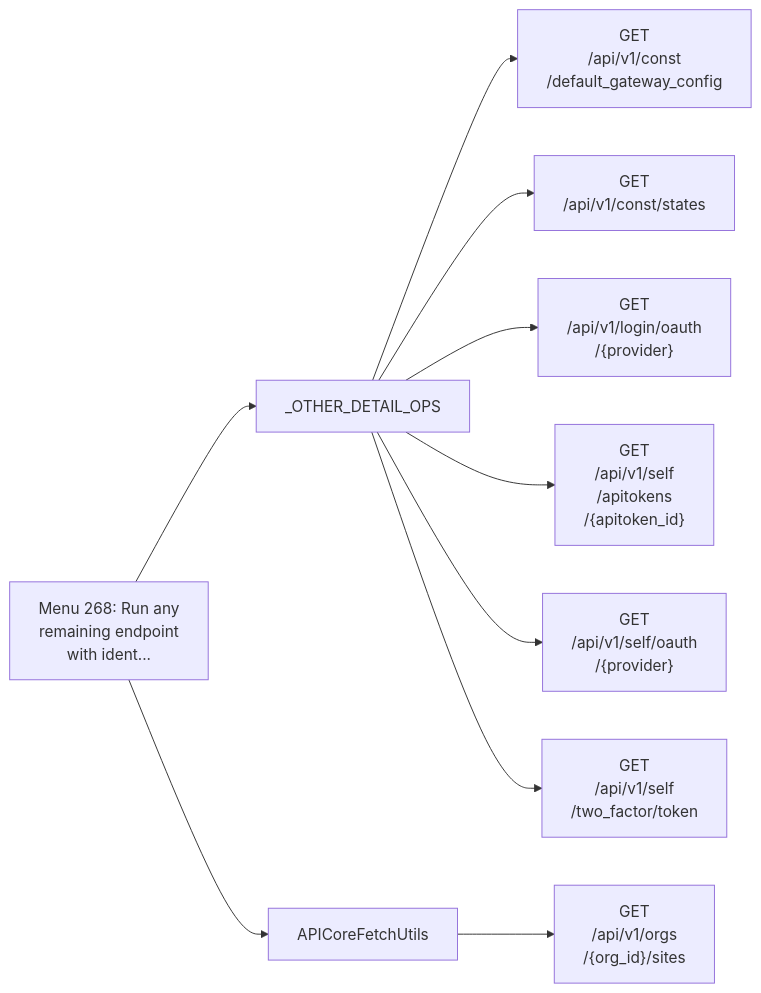
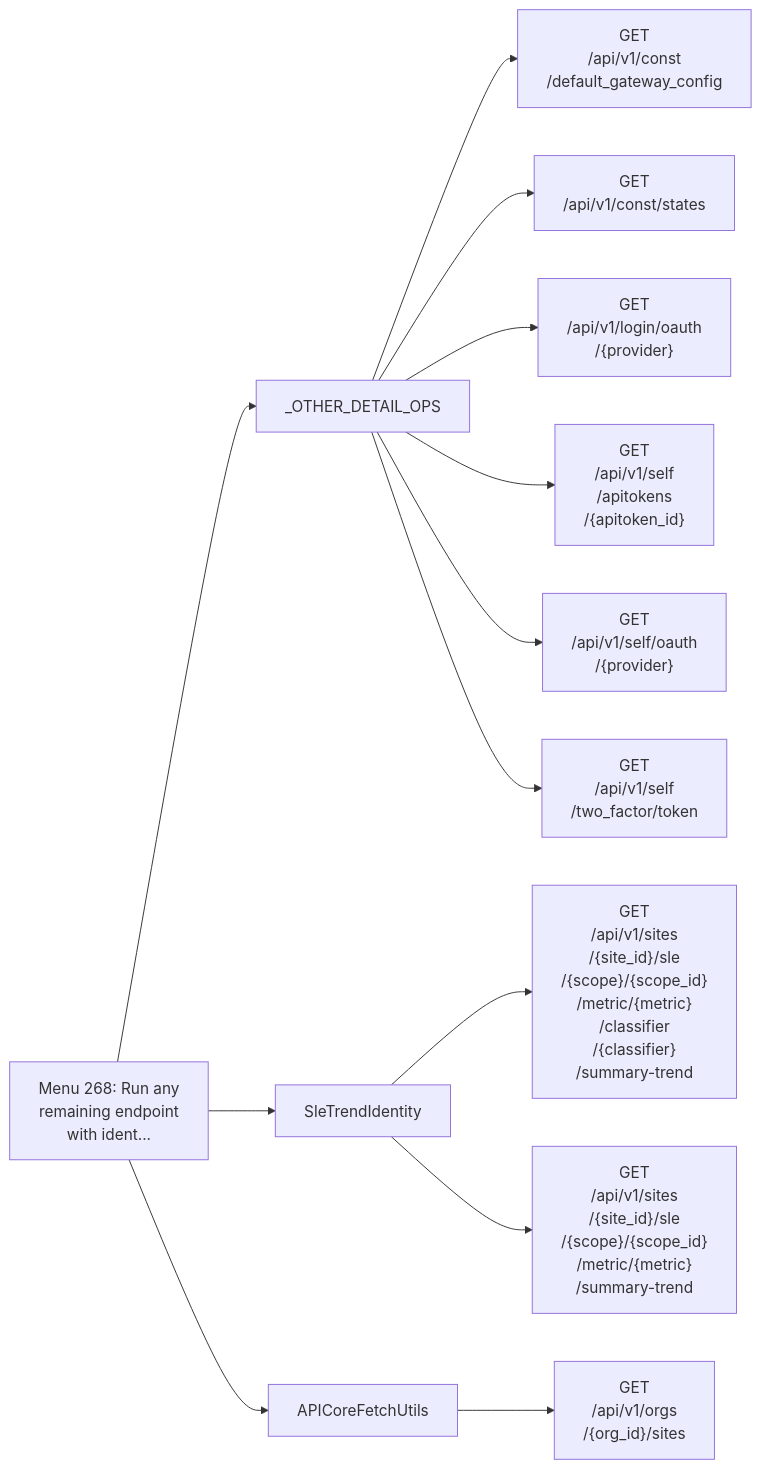
Before and after one commit to jmorrison-juniper/MistHelper: diagram 25 of 26 in documentation/menu-api/interactive-safe.md, drawn with Mermaid. The commit also changed other lines of this file and 19 other files, not shown here.

First line of the commit message:
fix(export): preserve complete SLE trend window identities (#4350)

````diff
--- a/documentation/menu-api/interactive-safe.md
+++ b/documentation/menu-api/interactive-safe.md
@@ -1800,13 +1813,16 @@
 ```mermaid
 flowchart LR
     menu["Menu 268: Run any<br/>remaining endpoint<br/>with ident..."]
     menu --> c1["_OTHER_DETAIL_OPS"]
     c1 --> e1["GET<br/>/api/v1/const<br/>/default_gateway_config"]
     c1 --> e2["GET<br/>/api/v1/const/states"]
     c1 --> e3["GET<br/>/api/v1/login/oauth<br/>/{provider}"]
     c1 --> e4["GET<br/>/api/v1/self<br/>/apitokens<br/>/{apitoken_id}"]
     c1 --> e5["GET<br/>/api/v1/self/oauth<br/>/{provider}"]
     c1 --> e6["GET<br/>/api/v1/self<br/>/two_factor/token"]
-    menu --> c2["APICoreFetchUtils"]
-    c2 --> e7["GET<br/>/api/v1/orgs<br/>/{org_id}/sites"]
+    menu --> c2["SleTrendIdentity"]
+    c2 --> e7["GET<br/>/api/v1/sites<br/>/{site_id}/sle<br/>/{scope}/{scope_id}<br/>/metric/{metric}<br/>/classifier<br/>/{classifier}<br/>/summary-trend"]
+    c2 --> e8["GET<br/>/api/v1/sites<br/>/{site_id}/sle<br/>/{scope}/{scope_id}<br/>/metric/{metric}<br/>/summary-trend"]
+    menu --> c3["APICoreFetchUtils"]
+    c3 --> e9["GET<br/>/api/v1/orgs<br/>/{org_id}/sites"]
 ```
````
